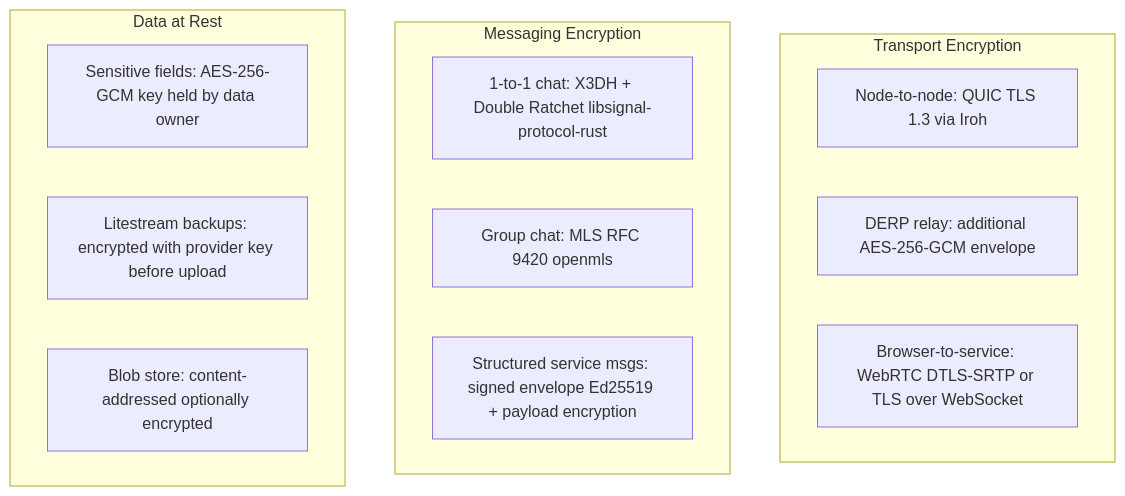
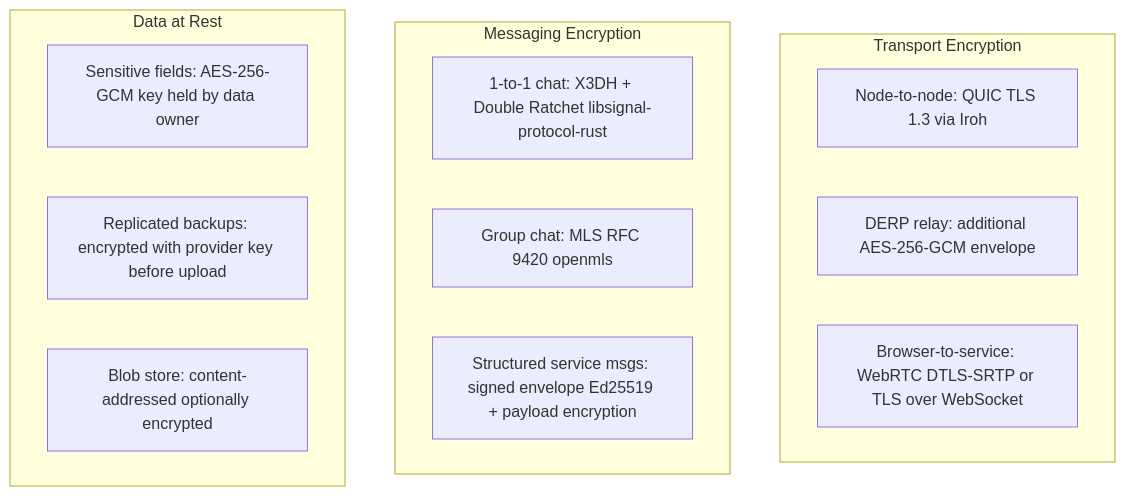
One commit to syneroym/syneroym changed diagram 21 of 22 in docs/system-architecture.md. Above: the diagram before and after it, drawn with Mermaid. The commit also changed other lines of this file and 2 other files, not shown here.

First line of the commit message:
docs(architecture): mark redundancy options as open (#291)

````diff
--- a/docs/system-architecture.md
+++ b/docs/system-architecture.md
@@ -1108,20 +1111,20 @@
 ```mermaid
 flowchart TD
     subgraph TRANSPORT["Transport Encryption"]
         T1[Node-to-node: QUIC TLS 1.3 via Iroh]
         T2[DERP relay: additional AES-256-GCM envelope]
         T3[Browser-to-service: WebRTC DTLS-SRTP or TLS over WebSocket]
     end
 
     subgraph MESSAGING_ENC["Messaging Encryption"]
         M1[1-to-1 chat: X3DH + Double Ratchet libsignal-protocol-rust]
         M2[Group chat: MLS RFC 9420 openmls]
         M3[Structured service msgs: signed envelope Ed25519 + payload encryption]
     end
 
     subgraph AT_REST["Data at Rest"]
         R1[Sensitive fields: AES-256-GCM key held by data owner]
-        R2[Litestream backups: encrypted with provider key before upload]
+        R2[Replicated backups: encrypted with provider key before upload]
         R3[Blob store: content-addressed optionally encrypted]
     end
 ```
````
